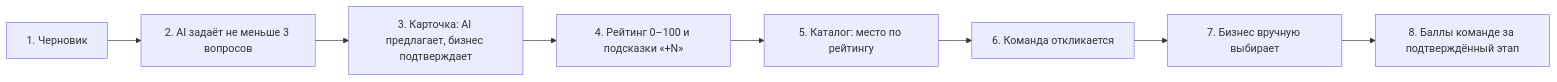
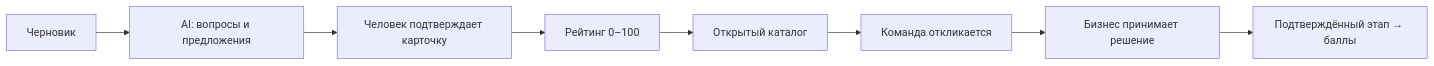
Before and after one commit to BAITC-Hacks/hack-4b695b60-ai-just: the first of 2 diagrams in README.md, drawn with Mermaid. The commit also changed other lines of this file and 16 other files, not shown here.

````diff
--- a/README.md
+++ b/README.md
@@ -15,10 +101,10 @@
 ```mermaid
 flowchart LR
-    A["1. Черновик"] --> B["2. AI задаёт не меньше 3 вопросов"]
-    B --> C["3. Карточка: AI предлагает, бизнес подтверждает"]
-    C --> D["4. Рейтинг 0–100 и подсказки «+N»"]
-    D --> E["5. Каталог: место по рейтингу"]
-    E --> F["6. Команда откликается"]
-    F --> G["7. Бизнес вручную выбирает"]
-    G --> H["8. Баллы команде за подтверждённый этап"]
+    A["Черновик"] --> B["AI: вопросы и предложения"]
+    B --> C["Человек подтверждает карточку"]
+    C --> D["Рейтинг 0–100"]
+    D --> E["Открытый каталог"]
+    E --> F["Команда откликается"]
+    F --> G["Бизнес принимает решение"]
+    G --> H["Подтверждённый этап → баллы"]
 ```
````
